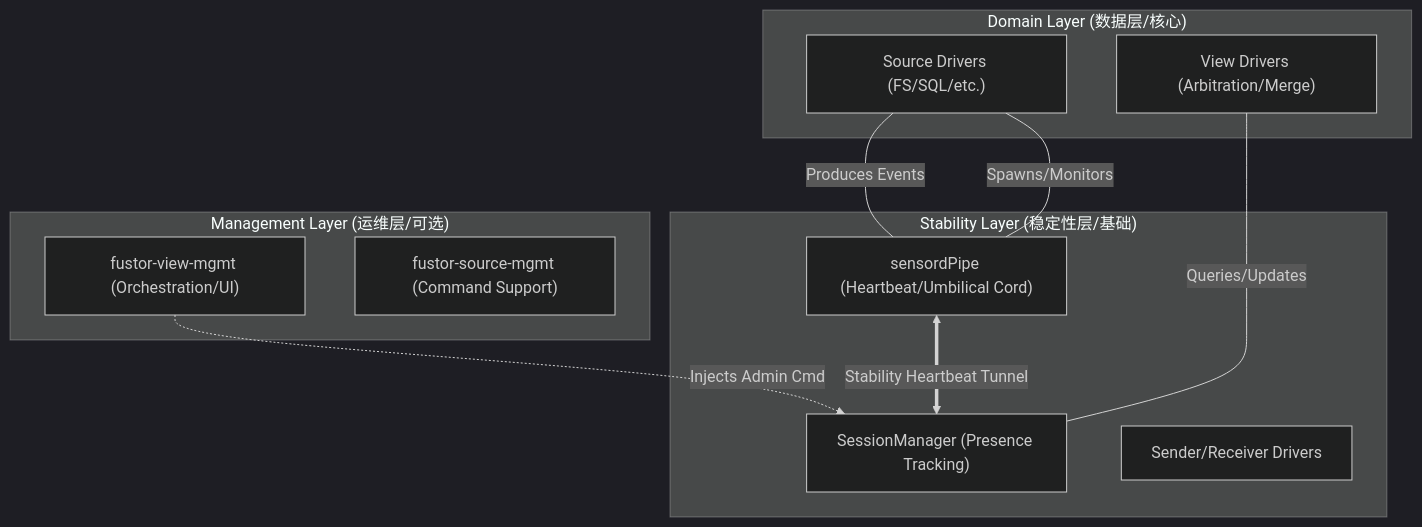
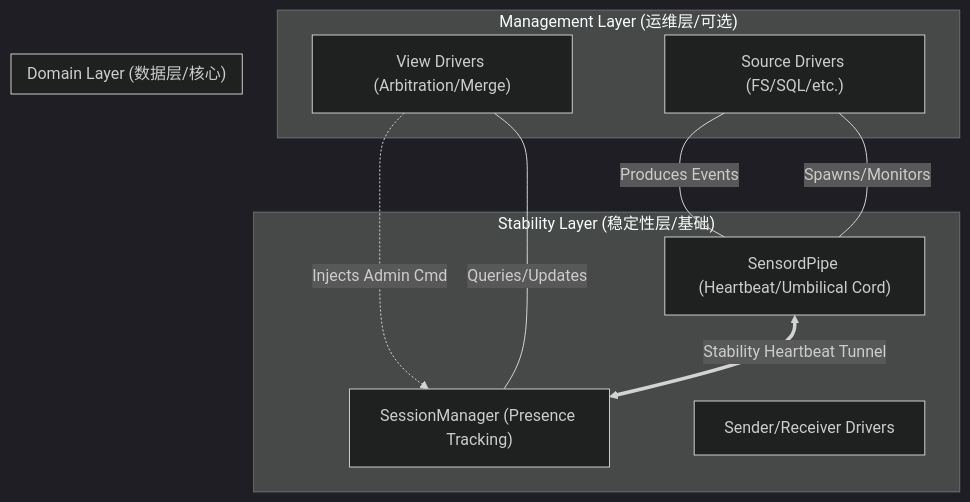
Before and after one commit to excelwang/fustor-data-platform: the diagram in specs/L2-ARCHITECTURE.md, drawn with Mermaid (dark theme). The commit also changed other lines of this file and 79 other files, not shown here.

Commit message:
refactor: Rename `sensordPipe` to `SensordPipe` and `fustordPipe` to `FustordPipe` across the codebase to align with Python class naming conventions.

````diff
--- a/specs/L2-ARCHITECTURE.md
+++ b/specs/L2-ARCHITECTURE.md
@@ -18,25 +18,25 @@
 ```mermaid
 graph TD
     subgraph "Management Layer (运维层/可选)"
-        L3_fustord["fustor-view-mgmt (Orchestration/UI)"]
-        L3_sensord["fustor-source-mgmt (Command Support)"]
+        fustord["fustor-view-mgmt (Orchestration/UI)"]
+        sensord["fustor-source-mgmt (Command Support)"]
     end
 
     subgraph "Domain Layer (数据层/核心)"
-        L2_fustord["View Drivers (Arbitration/Merge)"]
-        L2_sensord["Source Drivers (FS/SQL/etc.)"]
+        fustord["View Drivers (Arbitration/Merge)"]
+        sensord["Source Drivers (FS/SQL/etc.)"]
     end
 
     subgraph "Stability Layer (稳定性层/基础)"
-        L1_Session["SessionManager (Presence Tracking)"]
-        L1_sensordPipe["sensordPipe (Heartbeat/Umbilical Cord)"]
-        L1_Transport["Sender/Receiver Drivers"]
+        Session["SessionManager (Presence Tracking)"]
+        SensordPipe["SensordPipe (Heartbeat/Umbilical Cord)"]
+        Transport["Sender/Receiver Drivers"]
     end
 
     %% Dependencies
-    L3_fustord -.->|Injects Admin Cmd| L1_Session
-    L1_sensordPipe <==>|Stability Heartbeat Tunnel| L1_Session
-    L1_sensordPipe ---|Spawns/Monitors| L2_sensord
-    L2_sensord ---|Produces Events| L1_sensordPipe
-    L2_fustord ---|Queries/Updates| L1_Session
+    fustord -.->|Injects Admin Cmd| Session
+    SensordPipe <==>|Stability Heartbeat Tunnel| Session
+    SensordPipe ---|Spawns/Monitors| sensord
+    sensord ---|Produces Events| SensordPipe
+    fustord ---|Queries/Updates| Session
 ```
````
